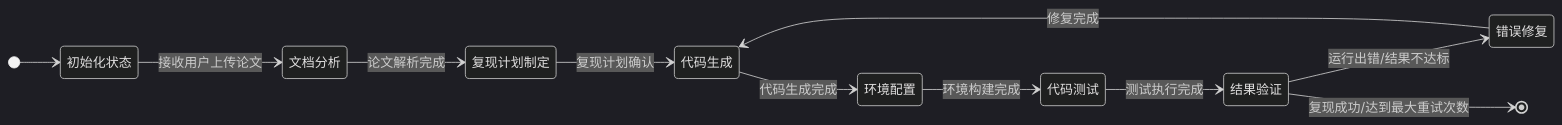
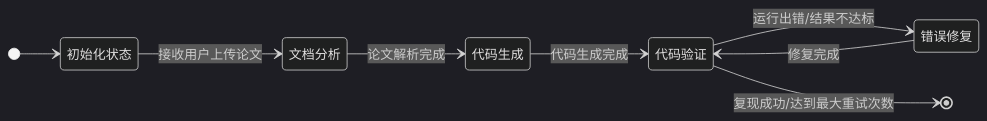
The second of 4 diagrams in 项目设计Document毕业论文参考.md (hongshixian/MultiAgentPaperCoder), drawn with Mermaid (dark theme) before and after one commit. The commit also changed other lines of this file and 1 other file, not shown here.

````diff
--- a/项目设计Document毕业论文参考.md
+++ b/项目设计Document毕业论文参考.md
@@ -187,14 +175,11 @@
 ```mermaid
 stateDiagram-v2
     direction LR
     [*] --> 初始化状态
     初始化状态 --> 文档分析: 接收用户上传论文
-    文档分析 --> 复现计划制定: 论文解析完成
-    复现计划制定 --> 代码生成: 复现计划确认
-    代码生成 --> 环境配置: 代码生成完成
-    环境配置 --> 代码测试: 环境构建完成
-    代码测试 --> 结果验证: 测试执行完成
-    结果验证 --> 错误修复: 运行出错/结果不达标
-    错误修复 --> 代码生成: 修复完成
-    结果验证 --> [*]: 复现成功/达到最大重试次数
+    文档分析 --> 代码生成: 论文解析完成
+    代码生成 --> 代码验证: 代码生成完成
+    代码验证 --> 错误修复: 运行出错/结果不达标
+    错误修复 --> 代码验证: 修复完成
+    代码验证 --> [*]: 复现成功/达到最大重试次数
 ```
````
